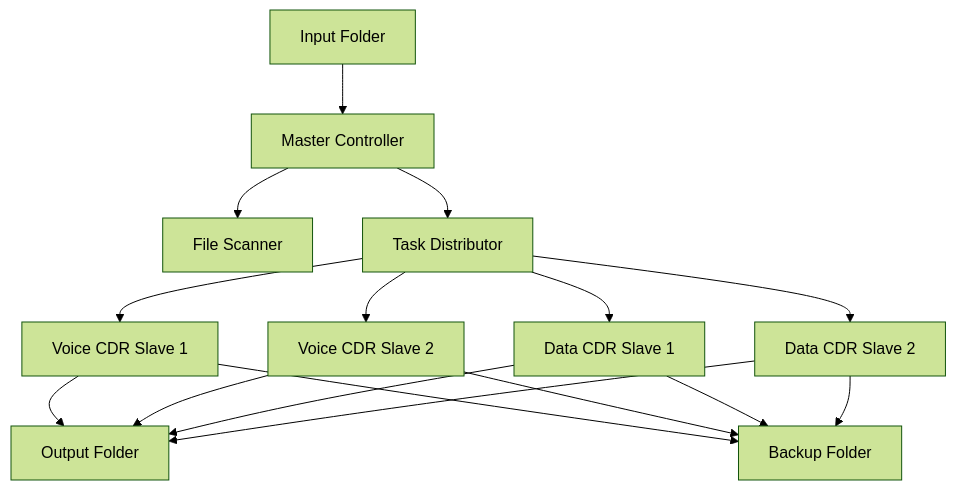
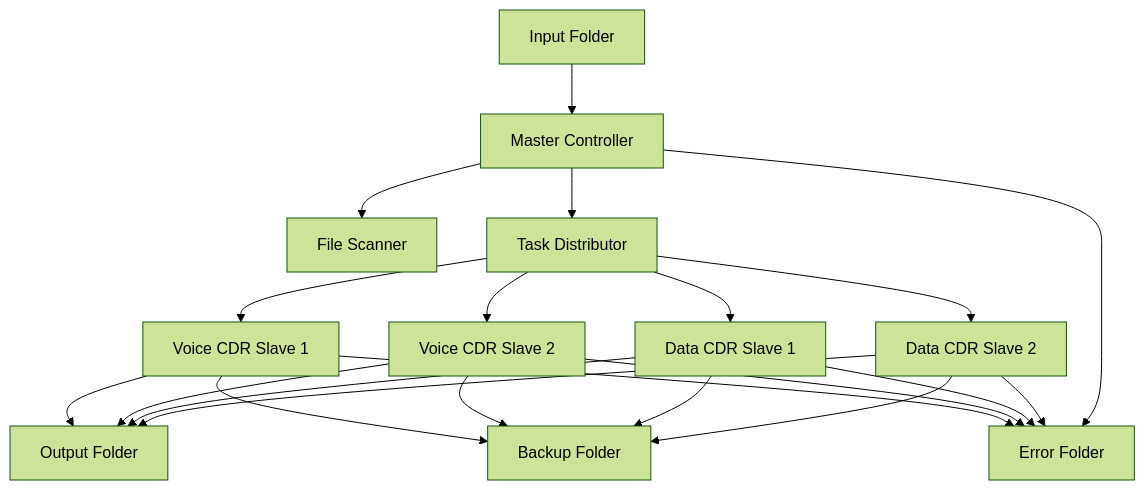
One commit to vitconhocboi/moz_cdr_process changed the first of 7 diagrams in Documents/CDR_Processing_System_Design.md. Above: the diagram before and after it, drawn with Mermaid (forest theme). The commit also changed other lines of this file and 19 other files, not shown here.

````diff
--- a/Documents/CDR_Processing_System_Design.md
+++ b/Documents/CDR_Processing_System_Design.md
@@ -18,18 +18,23 @@
 ```mermaid
 graph TB
     A[Input Folder] --> B[Master Controller]
     B --> C[File Scanner]
     B --> D[Task Distributor]
     D --> E[Voice CDR Slave 1]
     D --> F[Voice CDR Slave 2]
     D --> G[Data CDR Slave 1]
     D --> H[Data CDR Slave 2]
     E --> I[Output Folder]
     F --> I
     G --> I
     H --> I
     E --> J[Backup Folder]
     F --> J
     G --> J
     H --> J
+    E --> K[Error Folder]
+    F --> K
+    G --> K
+    H --> K
+    B --> K
 ```
````
